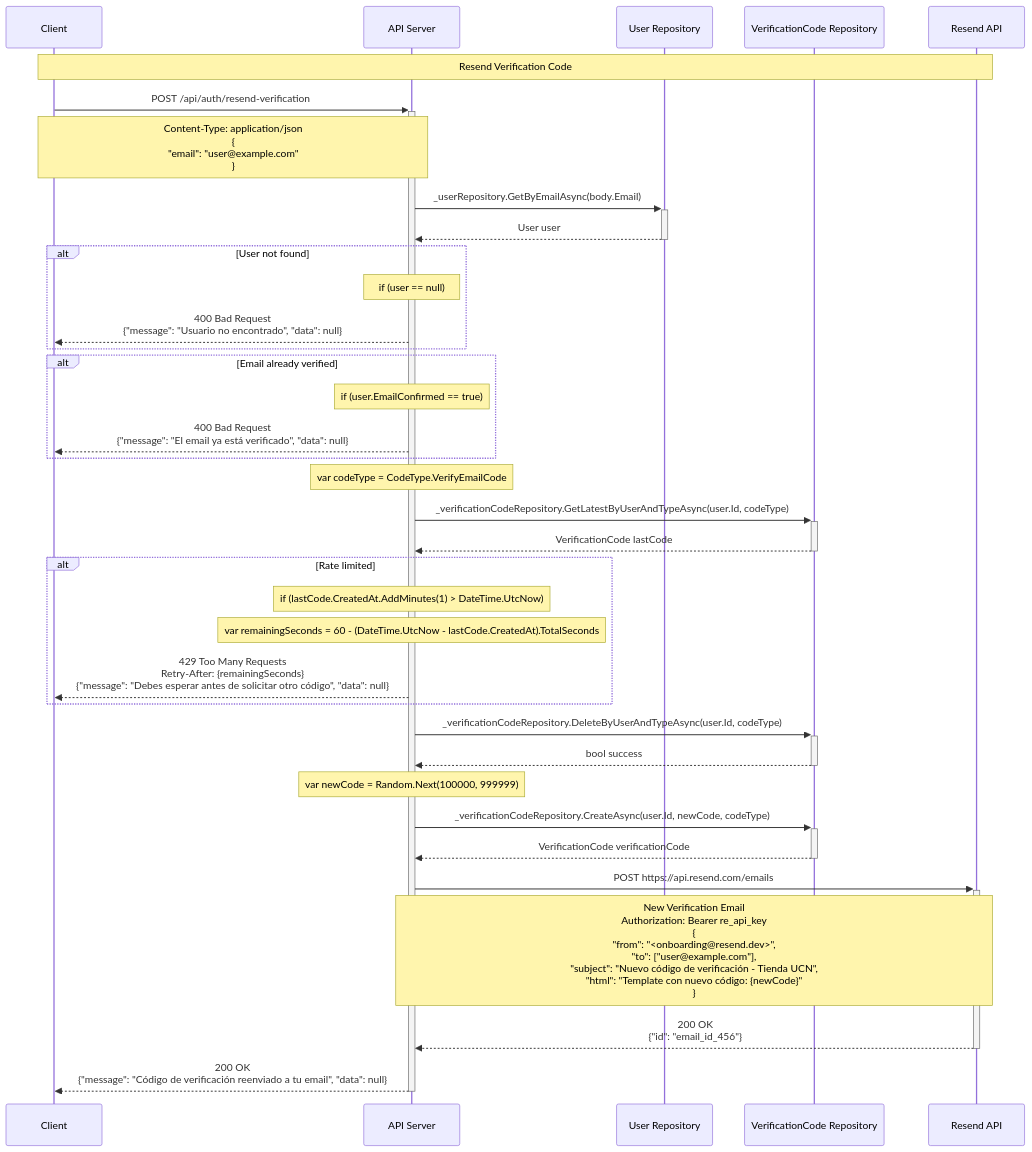
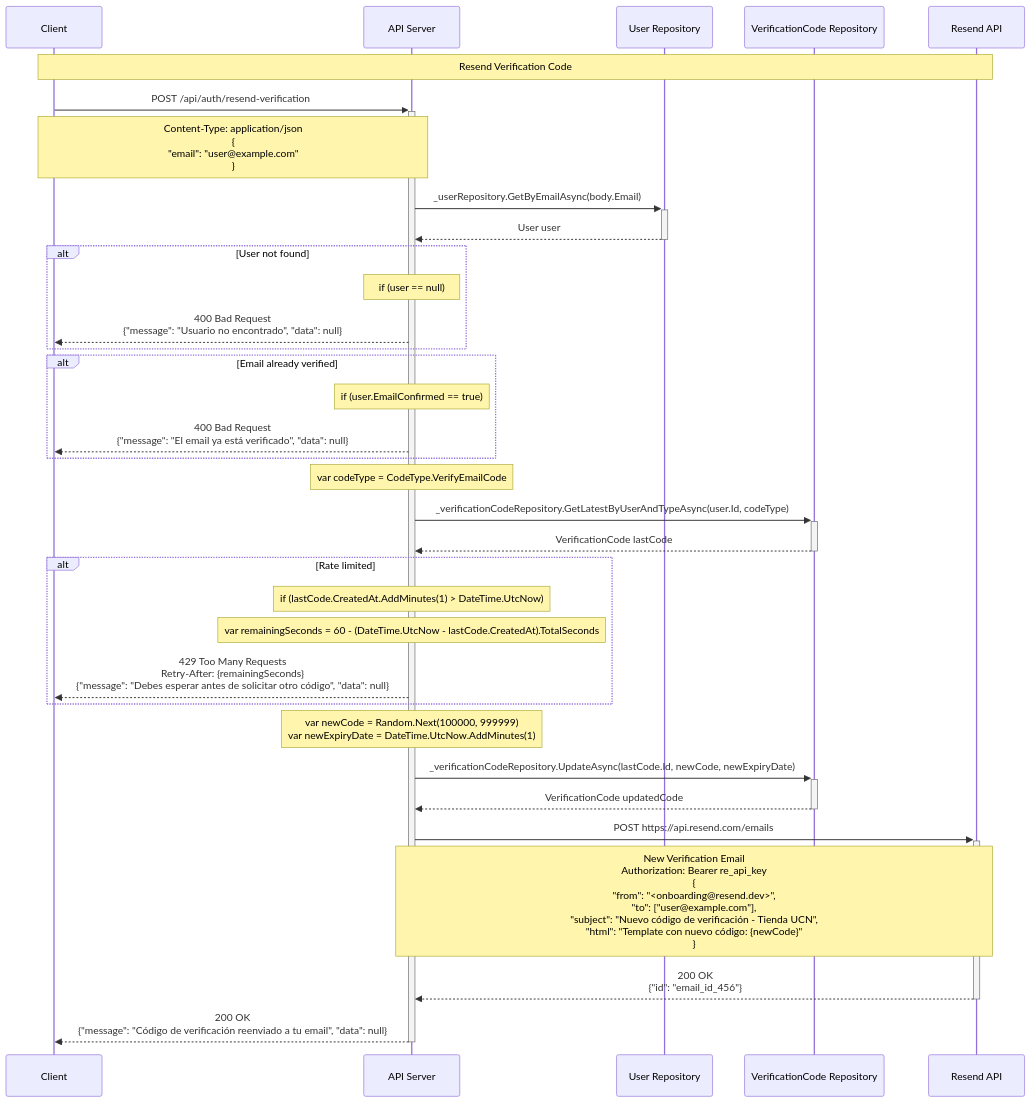
Before and after one commit to JorgeRiveraMancilla/idwm-backend: the diagram in Docs/Auth/3_ResendCode.md, drawn with Mermaid.

Commit message:
docs(auth): update sequence diagram for resend code process to reflect new verification code generation

````diff
--- a/Docs/Auth/3_ResendCode.md
+++ b/Docs/Auth/3_ResendCode.md
@@ -1,53 +1,50 @@
 ```mermaid
 sequenceDiagram
     participant C as Client
     participant API as API Server
     participant UR as User Repository
     participant VCR as VerificationCode Repository
     participant RS as Resend API
 
     Note over C,RS: Resend Verification Code
 
     C->>+API: POST /api/auth/resend-verification
     Note over C,API: Content-Type: application/json<br/>{<br/>"email": "user@example.com"<br/>}
 
     API->>+UR: _userRepository.GetByEmailAsync(body.Email)
     UR-->>-API: User user
 
     alt User not found
         Note over API: if (user == null)
         API-->>C: 400 Bad Request<br/>{"message": "Usuario no encontrado", "data": null}
     end
 
     alt Email already verified
         Note over API: if (user.EmailConfirmed == true)
         API-->>C: 400 Bad Request<br/>{"message": "El email ya está verificado", "data": null}
     end
 
     Note over API: var codeType = CodeType.VerifyEmailCode
 
     API->>+VCR: _verificationCodeRepository.GetLatestByUserAndTypeAsync(user.Id, codeType)
     VCR-->>-API: VerificationCode lastCode
 
     alt Rate limited
         Note over API: if (lastCode.CreatedAt.AddMinutes(1) > DateTime.UtcNow)
         Note over API: var remainingSeconds = 60 - (DateTime.UtcNow - lastCode.CreatedAt).TotalSeconds
 
         API-->>C: 429 Too Many Requests<br/>Retry-After: {remainingSeconds}<br/>{"message": "Debes esperar antes de solicitar otro código", "data": null}
     end
 
-    API->>+VCR: _verificationCodeRepository.DeleteByUserAndTypeAsync(user.Id, codeType)
-    VCR-->>-API: bool success
+    Note over API: var newCode = Random.Next(100000, 999999)<br/>var newExpiryDate = DateTime.UtcNow.AddMinutes(1)
 
-    Note over API: var newCode = Random.Next(100000, 999999)
-
-    API->>+VCR: _verificationCodeRepository.CreateAsync(user.Id, newCode, codeType)
-    VCR-->>-API: VerificationCode verificationCode
+    API->>+VCR: _verificationCodeRepository.UpdateAsync(lastCode.Id, newCode, newExpiryDate)
+    VCR-->>-API: VerificationCode updatedCode
 
     API->>+RS: POST https://api.resend.com/emails
     Note over API,RS: New Verification Email<br/>Authorization: Bearer re_api_key<br/>{<br/>"from": "<onboarding@resend.dev>",<br/>"to": ["user@example.com"],<br/>"subject": "Nuevo código de verificación - Tienda UCN",<br/>"html": "Template con nuevo código: {newCode}"<br/>}
 
     RS-->>-API: 200 OK<br/>{"id": "email_id_456"}
 
     API-->>-C: 200 OK<br/>{"message": "Código de verificación reenviado a tu email", "data": null}
 ```
````
